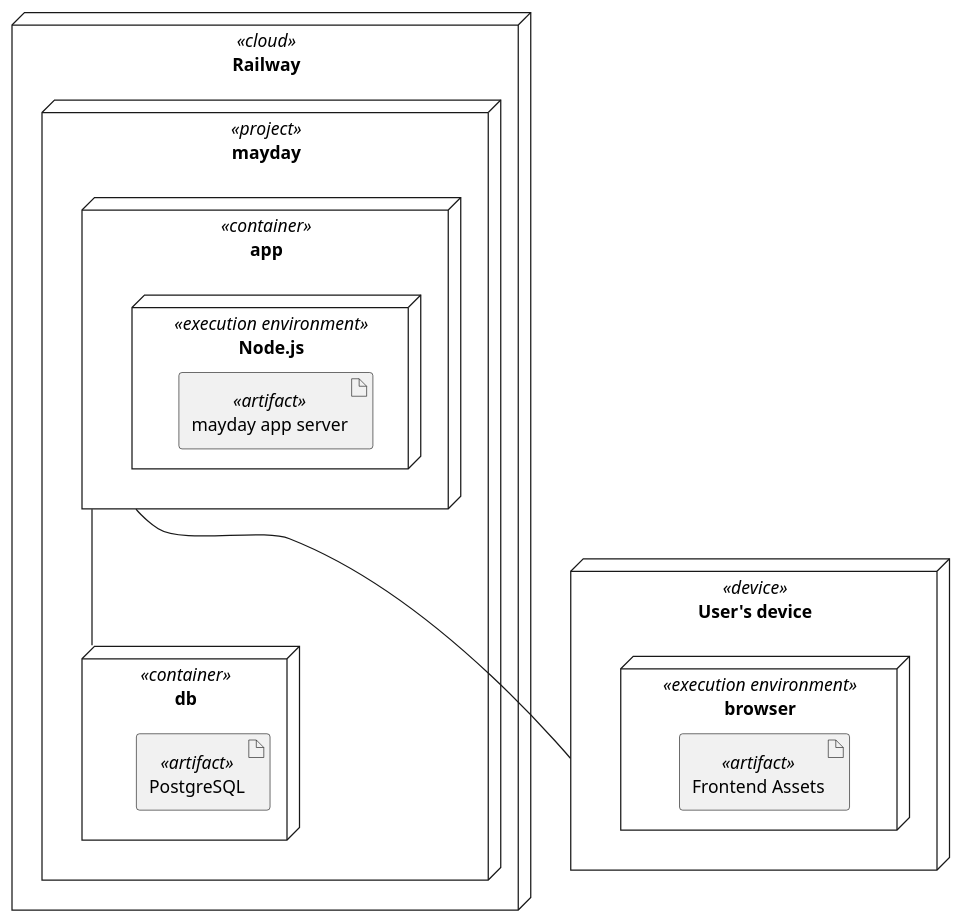
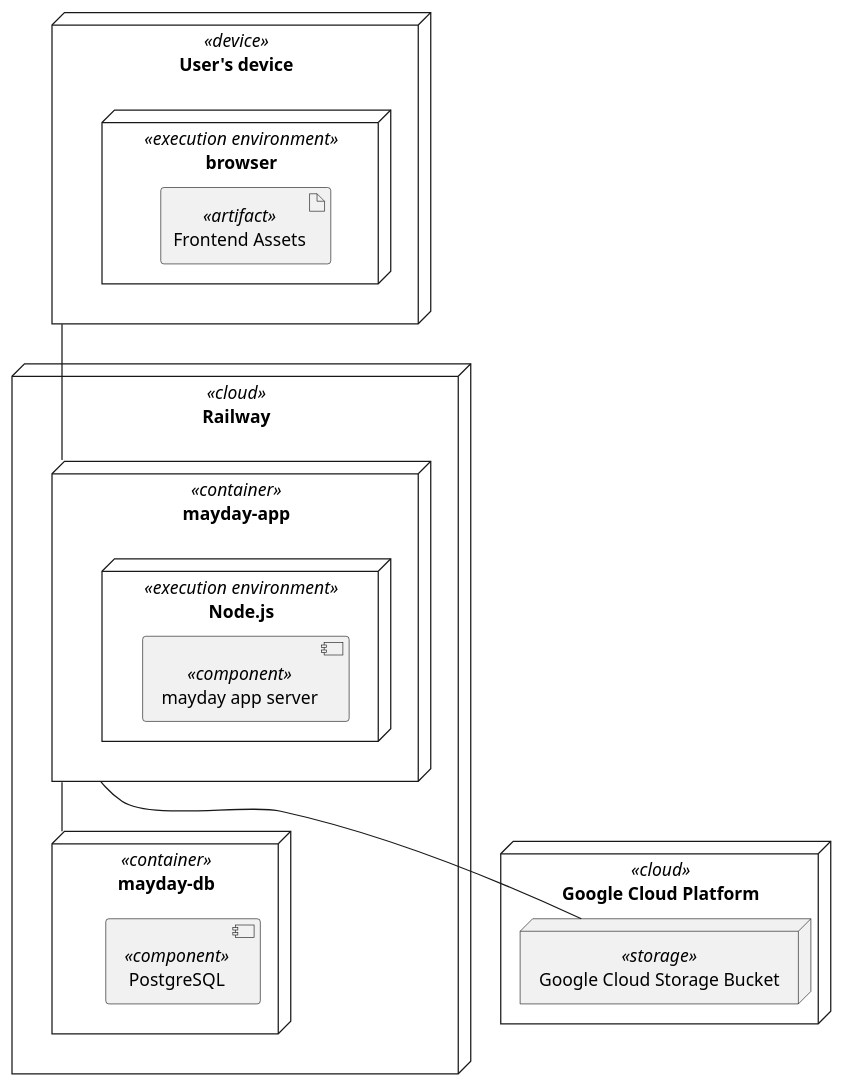
Before and after one commit to 2110336-SoftwareEngineering2-2021-2/sec33_jim_carry: the diagram in diagrams/deployment_diagram.puml, drawn with PlantUML. The commit also changed 1 other file, not shown here.

Commit message:
Update deployment diagram per comment

```diff
--- a/diagrams/deployment_diagram.puml
+++ b/diagrams/deployment_diagram.puml
@@ -1,27 +1,30 @@
 @startuml Deployment Diagram
 
 node Railway <<cloud>> {
-  node mayday <<project>> {
-    node app as appContainer <<container>> {
-      node "Node.js" <<execution environment>>{
-        artifact "mayday app server" as maydayApp <<artifact>>
-      }
+  node "mayday-app" as appContainer <<container>> {
+    node "Node.js" <<execution environment>>{
+      component "mayday app server" as maydayApp <<component>>
     }
+  }
 
-    node db <<container>> {
-      artifact PostgreSQL <<artifact>>
-    }
+  node "mayday-db" as db <<container>> {
+    component PostgreSQL <<component>>
+  }
 
-    appContainer -- db
-  }
+  appContainer -- db
+}
+
+node "Google Cloud Platform" <<cloud>> {
+  node "Google Cloud Storage Bucket" as gcs <<storage>>
 }
 
 node "User's device" <<device>> as device {
   node "browser" <<execution environment>> {
     artifact "Frontend Assets" <<artifact>>
   }
 }
 
-appContainer -- device
+device -- appContainer
+appContainer -- gcs
 
 @enduml
```
